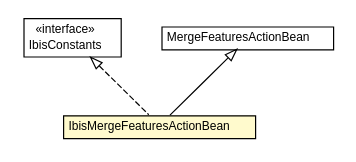
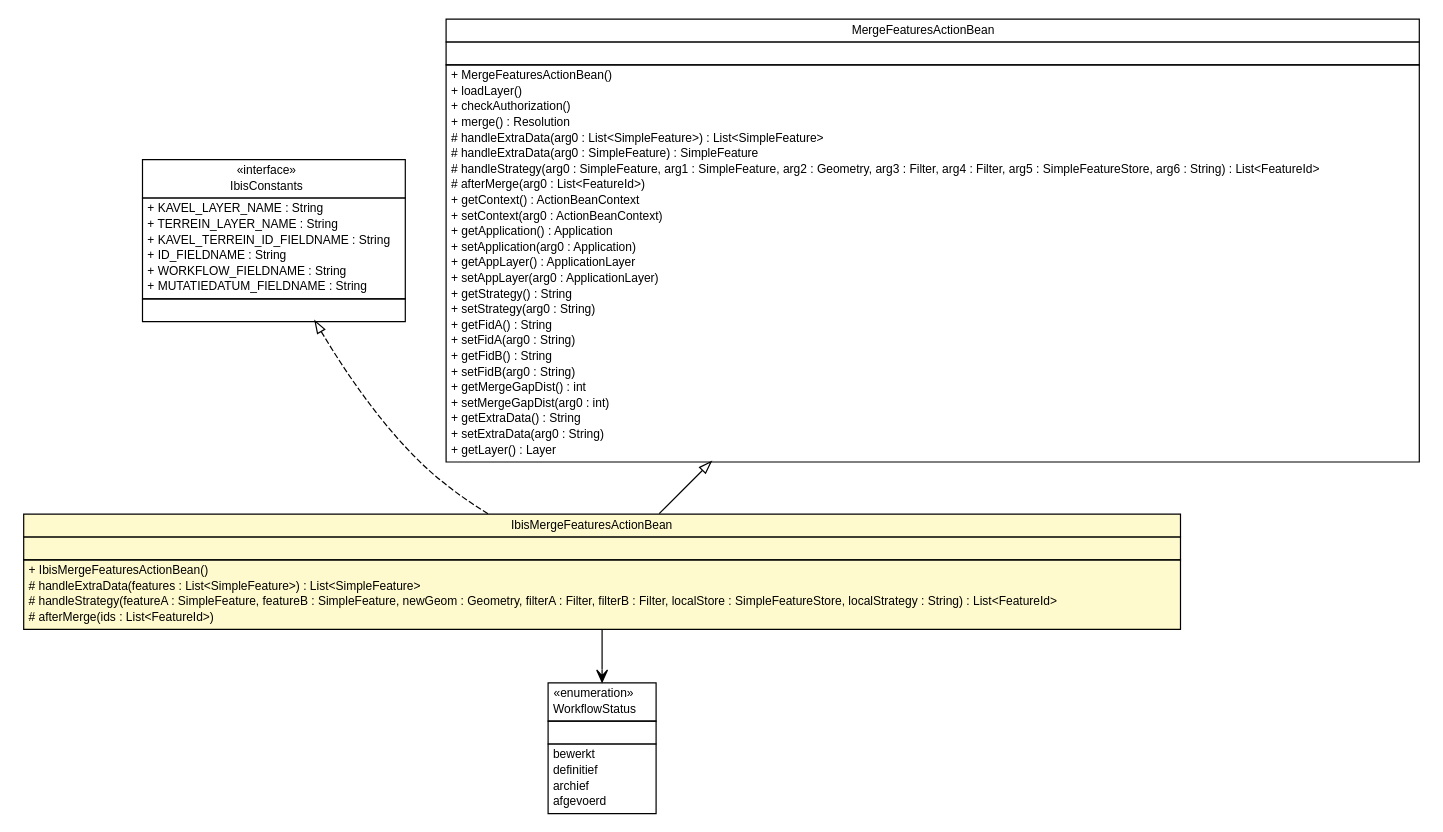
One commit to B3Partners/flamingo-ibis changed the diagram in ibis-viewer/apidocs/nl/b3p/viewer/stripes/IbisMergeFeaturesActionBean.dot. Above: the diagram before and after it, drawn with Graphviz. The commit also changed 233 other files, not shown here.

```diff
--- a/ibis-viewer/apidocs/nl/b3p/viewer/stripes/IbisMergeFeaturesActionBean.dot
+++ b/ibis-viewer/apidocs/nl/b3p/viewer/stripes/IbisMergeFeaturesActionBean.dot
@@ -1,35 +1,103 @@
 #!/usr/local/bin/dot
 #
 # Class diagram 
 # Generated by UMLGraph version R5_6-24-gf6e263 (http://www.umlgraph.org/)
 #
 
 digraph G {
 	edge [fontname="Helvetica",fontsize=10,labelfontname="Helvetica",labelfontsize=10];
 	node [fontname="Helvetica",fontsize=10,shape=plaintext];
 	nodesep=0.25;
 	ranksep=0.5;
 	// nl.b3p.viewer.stripes.IbisMergeFeaturesActionBean
-	c200 [label=<<table title="nl.b3p.viewer.stripes.IbisMergeFeaturesActionBean" border="0" cellborder="1" cellspacing="0" cellpadding="2" port="p" bgcolor="lemonChiffon" href="./IbisMergeFeaturesActionBean.html">
+	c237 [label=<<table title="nl.b3p.viewer.stripes.IbisMergeFeaturesActionBean" border="0" cellborder="1" cellspacing="0" cellpadding="2" port="p" bgcolor="lemonChiffon" href="./IbisMergeFeaturesActionBean.html">
 		<tr><td><table border="0" cellspacing="0" cellpadding="1">
 <tr><td align="center" balign="center"> IbisMergeFeaturesActionBean </td></tr>
 		</table></td></tr>
+		<tr><td><table border="0" cellspacing="0" cellpadding="1">
+<tr><td align="left" balign="left">  </td></tr>
+		</table></td></tr>
+		<tr><td><table border="0" cellspacing="0" cellpadding="1">
+<tr><td align="left" balign="left"> + IbisMergeFeaturesActionBean() </td></tr>
+<tr><td align="left" balign="left"> # handleExtraData(features : List&lt;SimpleFeature&gt;) : List&lt;SimpleFeature&gt; </td></tr>
+<tr><td align="left" balign="left"> # handleStrategy(featureA : SimpleFeature, featureB : SimpleFeature, newGeom : Geometry, filterA : Filter, filterB : Filter, localStore : SimpleFeatureStore, localStrategy : String) : List&lt;FeatureId&gt; </td></tr>
+<tr><td align="left" balign="left"> # afterMerge(ids : List&lt;FeatureId&gt;) </td></tr>
+		</table></td></tr>
 		</table>>, URL="./IbisMergeFeaturesActionBean.html", fontname="Helvetica", fontcolor="black", fontsize=10.0];
+	// nl.b3p.viewer.ibis.util.WorkflowStatus
+	c242 [label=<<table title="nl.b3p.viewer.ibis.util.WorkflowStatus" border="0" cellborder="1" cellspacing="0" cellpadding="2" port="p" href="../ibis/util/WorkflowStatus.html">
+		<tr><td><table border="0" cellspacing="0" cellpadding="1">
+<tr><td align="center" balign="center"> &#171;enumeration&#187; </td></tr>
+<tr><td align="center" balign="center"> WorkflowStatus </td></tr>
+		</table></td></tr>
+		<tr><td><table border="0" cellspacing="0" cellpadding="1">
+<tr><td align="left" balign="left">  </td></tr>
+		</table></td></tr>
+		<tr><td><table border="0" cellspacing="0" cellpadding="1">
+<tr><td align="left" balign="left"> bewerkt </td></tr>
+<tr><td align="left" balign="left"> definitief </td></tr>
+<tr><td align="left" balign="left"> archief </td></tr>
+<tr><td align="left" balign="left"> afgevoerd </td></tr>
+		</table></td></tr>
+		</table>>, URL="../ibis/util/WorkflowStatus.html", fontname="Helvetica", fontcolor="black", fontsize=10.0];
 	// nl.b3p.viewer.ibis.util.IbisConstants
-	c206 [label=<<table title="nl.b3p.viewer.ibis.util.IbisConstants" border="0" cellborder="1" cellspacing="0" cellpadding="2" port="p" href="../ibis/util/IbisConstants.html">
+	c243 [label=<<table title="nl.b3p.viewer.ibis.util.IbisConstants" border="0" cellborder="1" cellspacing="0" cellpadding="2" port="p" href="../ibis/util/IbisConstants.html">
 		<tr><td><table border="0" cellspacing="0" cellpadding="1">
 <tr><td align="center" balign="center"> &#171;interface&#187; </td></tr>
 <tr><td align="center" balign="center"> IbisConstants </td></tr>
 		</table></td></tr>
+		<tr><td><table border="0" cellspacing="0" cellpadding="1">
+<tr><td align="left" balign="left"> + KAVEL_LAYER_NAME : String </td></tr>
+<tr><td align="left" balign="left"> + TERREIN_LAYER_NAME : String </td></tr>
+<tr><td align="left" balign="left"> + KAVEL_TERREIN_ID_FIELDNAME : String </td></tr>
+<tr><td align="left" balign="left"> + ID_FIELDNAME : String </td></tr>
+<tr><td align="left" balign="left"> + WORKFLOW_FIELDNAME : String </td></tr>
+<tr><td align="left" balign="left"> + MUTATIEDATUM_FIELDNAME : String </td></tr>
+		</table></td></tr>
+		<tr><td><table border="0" cellspacing="0" cellpadding="1">
+<tr><td align="left" balign="left">  </td></tr>
+		</table></td></tr>
 		</table>>, URL="../ibis/util/IbisConstants.html", fontname="Helvetica", fontcolor="black", fontsize=10.0];
 	//nl.b3p.viewer.stripes.IbisMergeFeaturesActionBean extends nl.b3p.viewer.stripes.MergeFeaturesActionBean
-	c208:p -> c200:p [dir=back,arrowtail=empty];
+	c245:p -> c237:p [dir=back,arrowtail=empty];
 	//nl.b3p.viewer.stripes.IbisMergeFeaturesActionBean implements nl.b3p.viewer.ibis.util.IbisConstants
-	c206:p -> c200:p [dir=back,arrowtail=empty,style=dashed];
+	c243:p -> c237:p [dir=back,arrowtail=empty,style=dashed];
+	// nl.b3p.viewer.stripes.IbisMergeFeaturesActionBean NAVASSOC nl.b3p.viewer.ibis.util.WorkflowStatus
+	c237:p -> c242:p [taillabel="", label="", headlabel="", fontname="Helvetica", fontcolor="black", fontsize=10.0, color="black", arrowhead=open];
 	// nl.b3p.viewer.stripes.MergeFeaturesActionBean
-	c208 [label=<<table title="nl.b3p.viewer.stripes.MergeFeaturesActionBean" border="0" cellborder="1" cellspacing="0" cellpadding="2" port="p">
+	c245 [label=<<table title="nl.b3p.viewer.stripes.MergeFeaturesActionBean" border="0" cellborder="1" cellspacing="0" cellpadding="2" port="p">
 		<tr><td><table border="0" cellspacing="0" cellpadding="1">
 <tr><td align="center" balign="center"> MergeFeaturesActionBean </td></tr>
 		</table></td></tr>
+		<tr><td><table border="0" cellspacing="0" cellpadding="1">
+<tr><td align="left" balign="left">  </td></tr>
+		</table></td></tr>
+		<tr><td><table border="0" cellspacing="0" cellpadding="1">
+<tr><td align="left" balign="left"> + MergeFeaturesActionBean() </td></tr>
+<tr><td align="left" balign="left"> + loadLayer() </td></tr>
+<tr><td align="left" balign="left"> + checkAuthorization() </td></tr>
+<tr><td align="left" balign="left"> + merge() : Resolution </td></tr>
+<tr><td align="left" balign="left"> # handleExtraData(arg0 : List&lt;SimpleFeature&gt;) : List&lt;SimpleFeature&gt; </td></tr>
+<tr><td align="left" balign="left"> # handleExtraData(arg0 : SimpleFeature) : SimpleFeature </td></tr>
+<tr><td align="left" balign="left"> # handleStrategy(arg0 : SimpleFeature, arg1 : SimpleFeature, arg2 : Geometry, arg3 : Filter, arg4 : Filter, arg5 : SimpleFeatureStore, arg6 : String) : List&lt;FeatureId&gt; </td></tr>
+<tr><td align="left" balign="left"> # afterMerge(arg0 : List&lt;FeatureId&gt;) </td></tr>
+<tr><td align="left" balign="left"> + getContext() : ActionBeanContext </td></tr>
+<tr><td align="left" balign="left"> + setContext(arg0 : ActionBeanContext) </td></tr>
+<tr><td align="left" balign="left"> + getApplication() : Application </td></tr>
+<tr><td align="left" balign="left"> + setApplication(arg0 : Application) </td></tr>
+<tr><td align="left" balign="left"> + getAppLayer() : ApplicationLayer </td></tr>
+<tr><td align="left" balign="left"> + setAppLayer(arg0 : ApplicationLayer) </td></tr>
+<tr><td align="left" balign="left"> + getStrategy() : String </td></tr>
+<tr><td align="left" balign="left"> + setStrategy(arg0 : String) </td></tr>
+<tr><td align="left" balign="left"> + getFidA() : String </td></tr>
+<tr><td align="left" balign="left"> + setFidA(arg0 : String) </td></tr>
+<tr><td align="left" balign="left"> + getFidB() : String </td></tr>
+<tr><td align="left" balign="left"> + setFidB(arg0 : String) </td></tr>
+<tr><td align="left" balign="left"> + getMergeGapDist() : int </td></tr>
+<tr><td align="left" balign="left"> + setMergeGapDist(arg0 : int) </td></tr>
+<tr><td align="left" balign="left"> + getExtraData() : String </td></tr>
+<tr><td align="left" balign="left"> + setExtraData(arg0 : String) </td></tr>
+<tr><td align="left" balign="left"> + getLayer() : Layer </td></tr>
+		</table></td></tr>
 		</table>>, URL="null", fontname="Helvetica", fontcolor="black", fontsize=10.0];
 }
```
